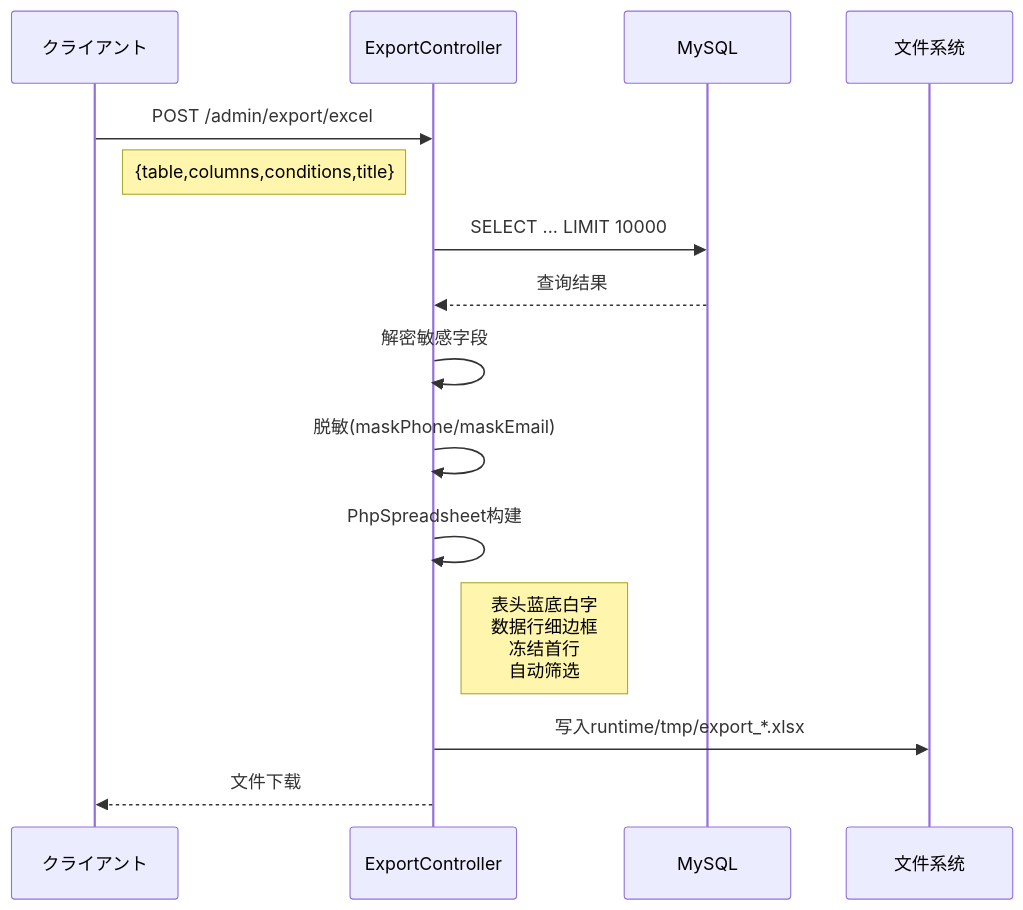
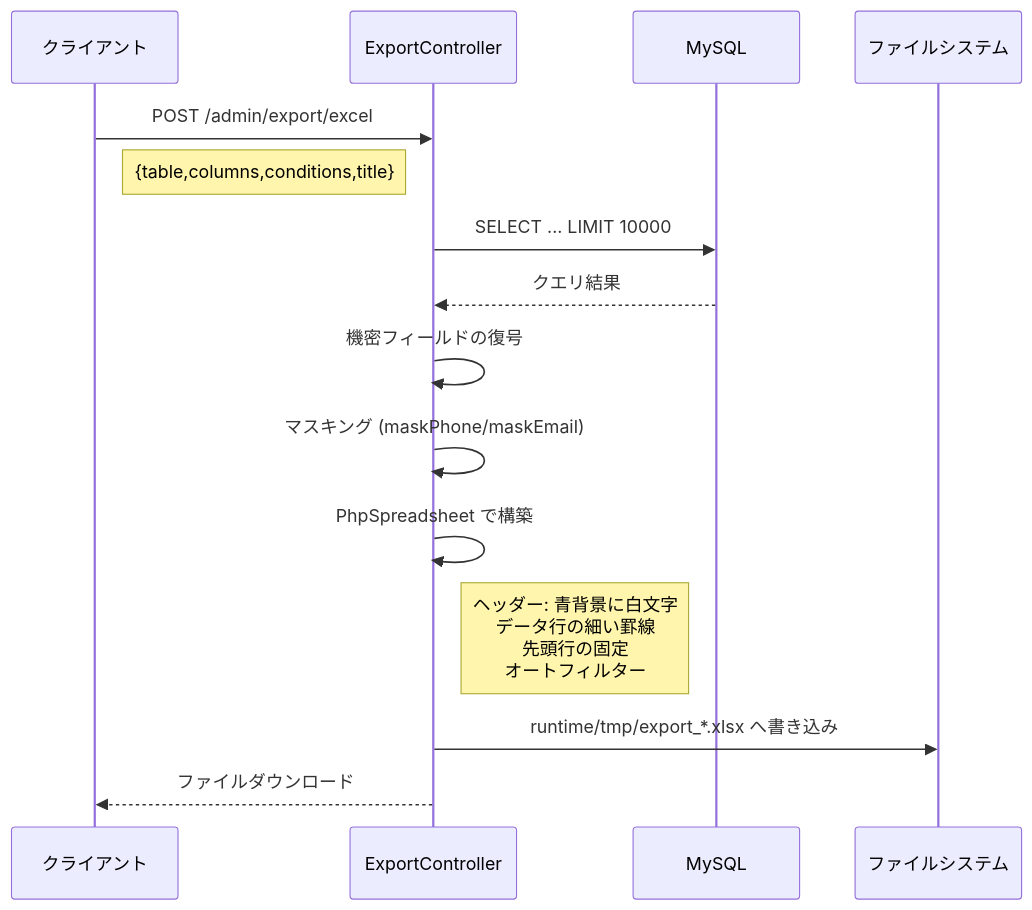
Before and after one commit to erikwang2013/game-platform-php: the first of 2 diagrams in admin/docs/diagrams/09-export-flow.ja.md, drawn with Mermaid. The commit also changed other lines of this file and 211 other files, not shown here.

First line of the commit message:
fix: 支付配置读回类型根治、提现事件对账巡检，12 语族 mermaid 与 API 标签本地化

````diff
--- a/admin/docs/diagrams/09-export-flow.ja.md
+++ b/admin/docs/diagrams/09-export-flow.ja.md
@@ -9,18 +9,18 @@
 ```mermaid
 sequenceDiagram
     participant C as クライアント
     participant CTL as ExportController
     participant DB as MySQL
-    participant FS as 文件系统
+    participant FS as ファイルシステム
 
     C->>CTL: POST /admin/export/excel
     Note right of C: {table,columns,conditions,title}
     CTL->>DB: SELECT ... LIMIT 10000
-    DB-->>CTL: 查询结果
-    CTL->>CTL: 解密敏感字段
-    CTL->>CTL: 脱敏(maskPhone/maskEmail)
-    CTL->>CTL: PhpSpreadsheet构建
-    Note right of CTL: 表头蓝底白字<br/>数据行细边框<br/>冻结首行<br/>自动筛选
-    CTL->>FS: 写入runtime/tmp/export_*.xlsx
-    CTL-->>C: 文件下载
+    DB-->>CTL: クエリ結果
+    CTL->>CTL: 機密フィールドの復号
+    CTL->>CTL: マスキング (maskPhone/maskEmail)
+    CTL->>CTL: PhpSpreadsheet で構築
+    Note right of CTL: ヘッダー: 青背景に白文字<br/>データ行の細い罫線<br/>先頭行の固定<br/>オートフィルター
+    CTL->>FS: runtime/tmp/export_*.xlsx へ書き込み
+    CTL-->>C: ファイルダウンロード
 ```
````
